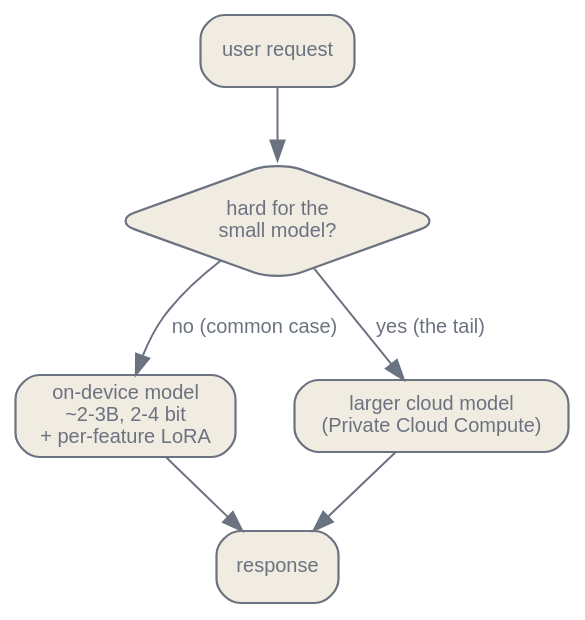
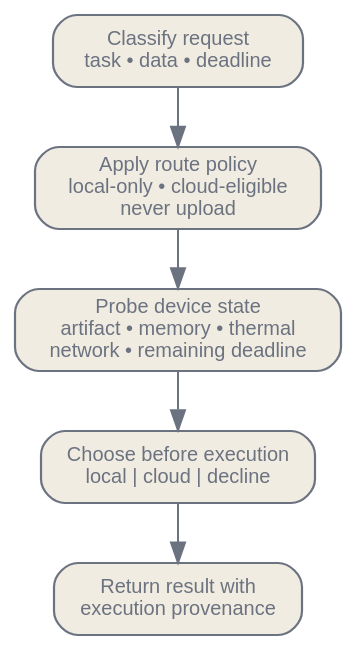
One commit to latere-ai/ai-as-an-infrastructure changed the second of 3 diagrams in en/practice/03-edge-on-device.qmd. Above: the diagram before and after it, drawn with Graphviz. The commit also changed other lines of this file and 4 other files, not shown here.

Commit message:
docs: rewrite edge and on-device deployment

````diff
--- a/en/practice/03-edge-on-device.qmd
+++ b/en/practice/03-edge-on-device.qmd
@@ -98,21 +305,17 @@
 ```{dot}
 //| label: fig-edge-tier
-//| fig-cap: "The on-device tier and its escape hatch. A small quantized model handles the common request entirely on the device, with per-feature LoRA adapters swapped over one resident base; requests it cannot serve route to a larger cloud model, which on Apple's stack runs in a privacy-preserving Private Cloud Compute enclave. After the Gemini Nano and Apple Intelligence designs."
+//| fig-cap: "A policy-first hybrid route. The router evaluates data eligibility, explicit permission, artifact availability, device state, and the remaining deadline before any model sees the request."
 digraph {
   bgcolor="transparent";
   rankdir=TB;
-  nodesep=0.4; ranksep=0.5;
+  nodesep=0.25; ranksep=0.42;
   node [shape=box, style="rounded,filled", fontname="Helvetica", fontsize=10, color="#6b7280", fontcolor="#6b7280", fillcolor="#f1ece1", penwidth=1.1];
-  edge [fontsize=10, fontname="Helvetica", color="#6b7280", fontcolor="#6b7280"];
-  req [label="user request"];
-  route [label="hard for the\nsmall model?", shape=diamond];
-  dev [label="on-device model\n~2-3B, 2-4 bit\n+ per-feature LoRA"];
-  cloud [label="larger cloud model\n(Private Cloud Compute)"];
-  out [label="response"];
-  req -> route;
-  route -> dev [label="no (common case)"];
-  route -> cloud [label="yes (the tail)"];
-  dev -> out;
-  cloud -> out;
+  edge [fontsize=9, fontname="Helvetica", color="#6b7280", fontcolor="#6b7280"];
+  request [label="Classify request\ntask • data • deadline"];
+  policy [label="Apply route policy\nlocal-only • cloud-eligible\nnever upload"];
+  state [label="Probe device state\nartifact • memory • thermal\nnetwork • remaining deadline"];
+  route [label="Choose before execution\nlocal | cloud | decline"];
+  result [label="Return result with\nexecution provenance"];
+  request -> policy -> state -> route -> result;
 }
 ```
````
